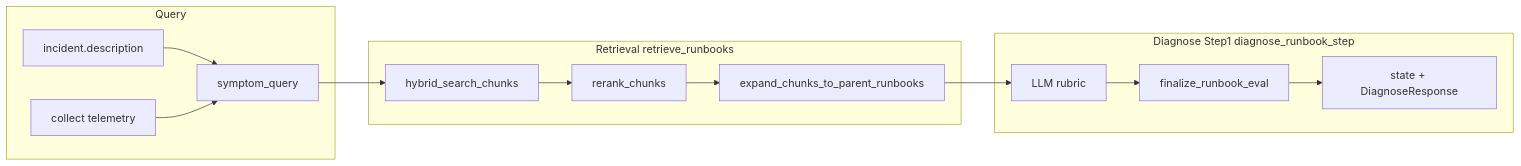
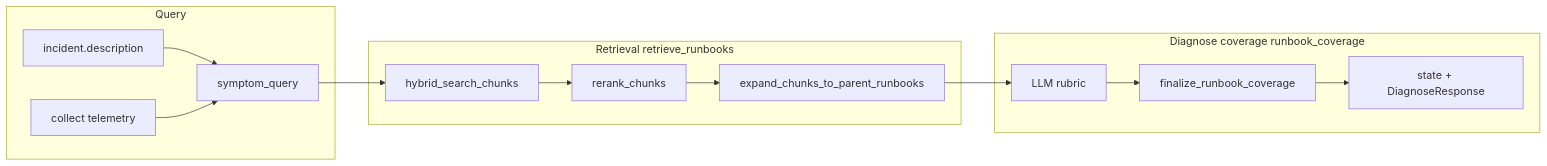
The diagram in ops-agent/docs/rag-architecture-and-tests.md (vogelmyh/ops-agent), drawn with Mermaid before and after one commit. The commit also changed other lines of this file and 41 other files, not shown here.

````diff
--- a/ops-agent/docs/rag-architecture-and-tests.md
+++ b/ops-agent/docs/rag-architecture-and-tests.md
@@ -52,24 +52,24 @@
 ```mermaid
 flowchart LR
     subgraph query [Query]
         A[incident.description]
         B[collect telemetry]
         C[symptom_query]
         A --> C
         B --> C
     end
     subgraph retrieval [Retrieval retrieve_runbooks]
         D[hybrid_search_chunks]
         E[rerank_chunks]
         F[expand_chunks_to_parent_runbooks]
         D --> E --> F
     end
-    subgraph step1 [Diagnose Step1 diagnose_runbook_step]
+    subgraph coverage [Diagnose coverage runbook_coverage]
         G[LLM rubric]
-        H[finalize_runbook_eval]
+        H[finalize_runbook_coverage]
         I[state + DiagnoseResponse]
         G --> H --> I
     end
     C --> D
     F --> G
 ```
````
